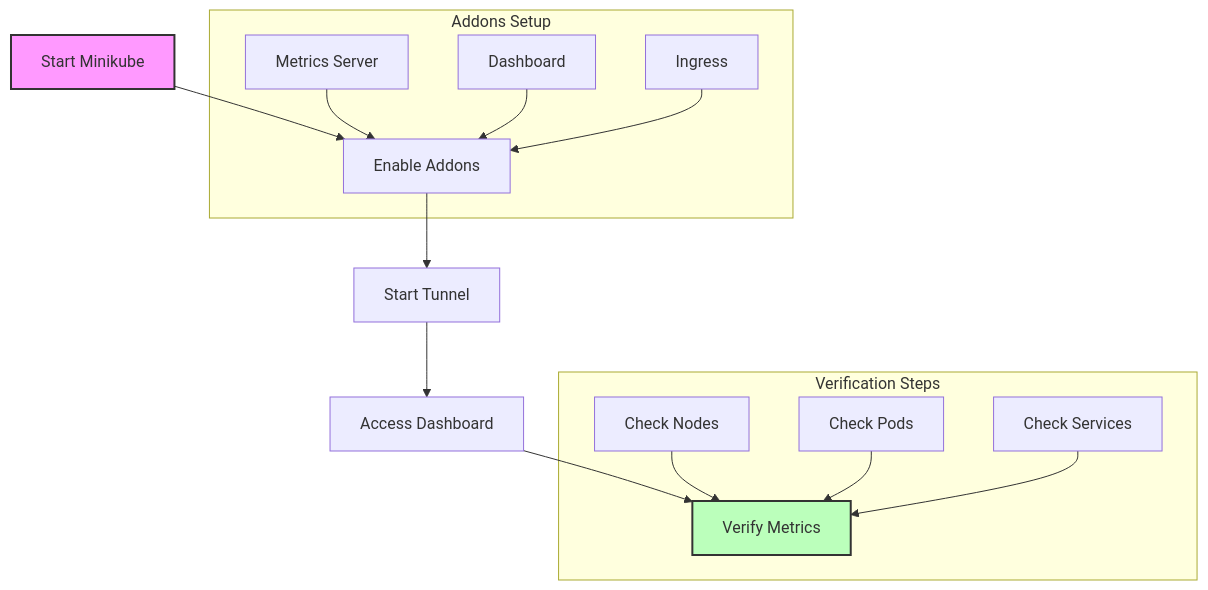
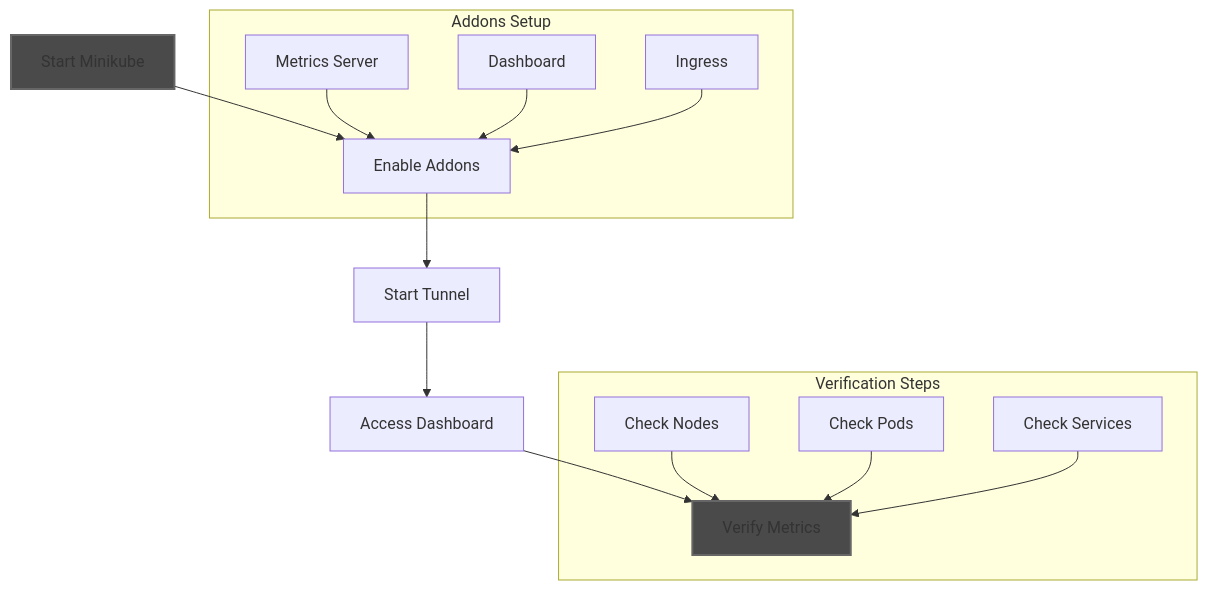
One commit to ivanht/earlysignal changed the second of 2 diagrams in _posts/2025-06-14-1-deploy-minikube-with-metrics.md. Above: the diagram before and after it, drawn with Mermaid. The commit also changed other lines of this file, not shown here.

```diff
--- a/_posts/2025-06-14-1-deploy-minikube-with-metrics.md
+++ b/_posts/2025-06-14-1-deploy-minikube-with-metrics.md
@@ -47,22 +47,22 @@
 <div class="mermaid">
 flowchart TD
     A[Start Minikube] --> B[Enable Addons]
     B --> C[Start Tunnel]
     C --> D[Access Dashboard]
     D --> E[Verify Metrics]
     
     subgraph "Addons Setup"
         B1[Metrics Server] --> B
         B2[Dashboard] --> B
         B3[Ingress] --> B
     end
     
     subgraph "Verification Steps"
         E1[Check Nodes] --> E
         E2[Check Pods] --> E
         E3[Check Services] --> E
     end
     
-    style A fill:#f9f,stroke:#333,stroke-width:2px
-    style E fill:#bfb,stroke:#333,stroke-width:2px
+    style A fill:#4a4a4a,stroke:#666,stroke-width:2px
+    style E fill:#4a4a4a,stroke:#666,stroke-width:2px
 </div>
```
